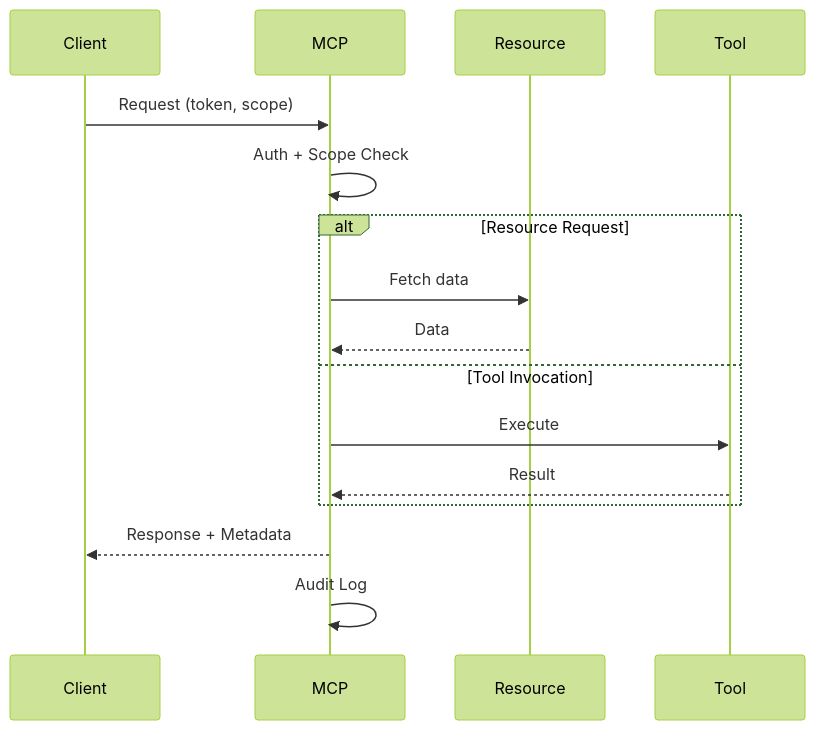
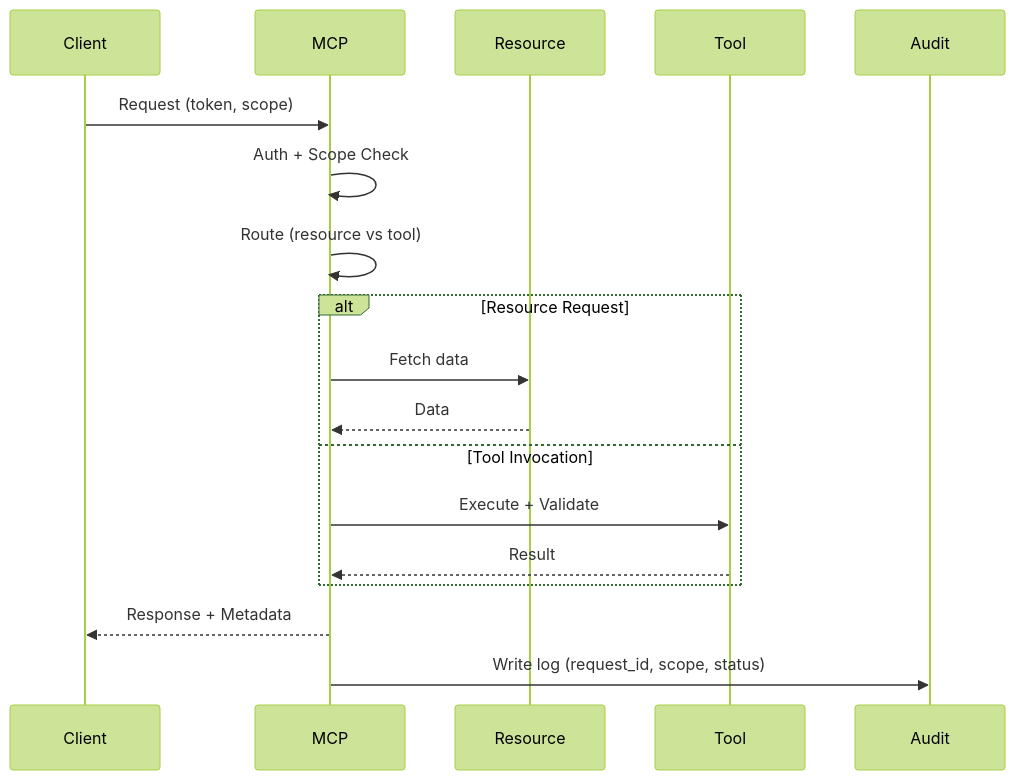
One commit to Johnsonbros/Uncharted_Stars_Saga changed the diagram in docs/mcp_request_lifecycle_sequence.md. Above: the diagram before and after it, drawn with Mermaid (forest theme). The commit also changed other lines of this file and 3 other files, not shown here.

Commit message:
docs: finalize mcp diagram docs

````diff
--- a/docs/mcp_request_lifecycle_sequence.md
+++ b/docs/mcp_request_lifecycle_sequence.md
@@ -26,18 +28,20 @@
 ```mermaid
 sequenceDiagram
   participant Client
   participant MCP
   participant Resource
   participant Tool
+  participant Audit
   Client->>MCP: Request (token, scope)
   MCP->>MCP: Auth + Scope Check
+  MCP->>MCP: Route (resource vs tool)
   alt Resource Request
     MCP->>Resource: Fetch data
     Resource-->>MCP: Data
   else Tool Invocation
-    MCP->>Tool: Execute
+    MCP->>Tool: Execute + Validate
     Tool-->>MCP: Result
   end
   MCP-->>Client: Response + Metadata
-  MCP->>MCP: Audit Log
+  MCP->>Audit: Write log (request_id, scope, status)
 ```
````
